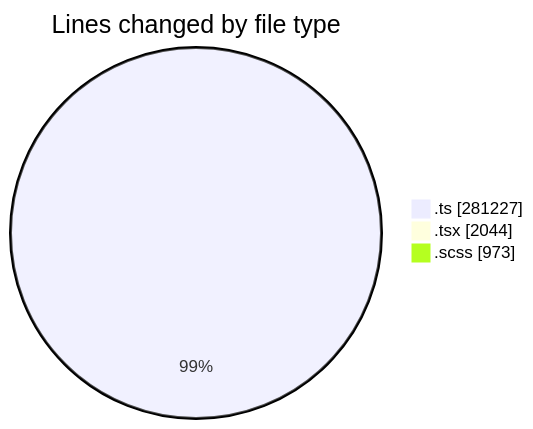
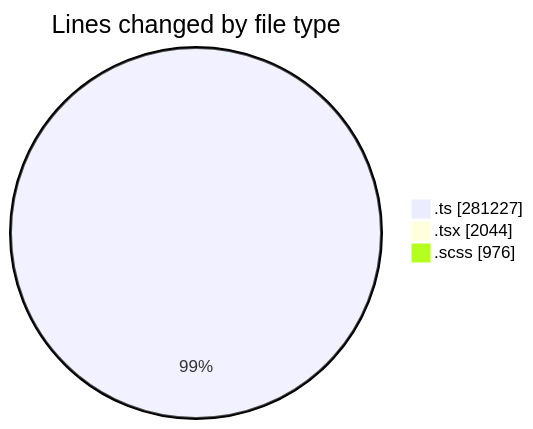
The first of 2 diagrams in 2025-08-22/cda/README.md (momahboobian/code-tracking), drawn with Mermaid before and after one commit. The commit also changed other lines of this file and 1 other file, not shown here.

````diff
--- a/2025-08-22/cda/README.md
+++ b/2025-08-22/cda/README.md
@@ -43,7 +43,7 @@
 ```mermaid
 pie showData
 title Lines changed by file type
 ".ts" : 281227
 ".tsx" : 2044
-".scss" : 973
+".scss" : 976
 ```
````
